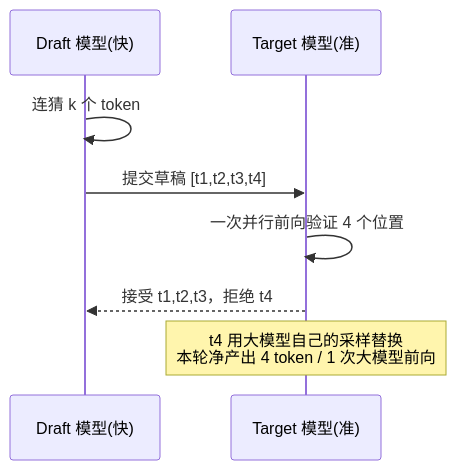
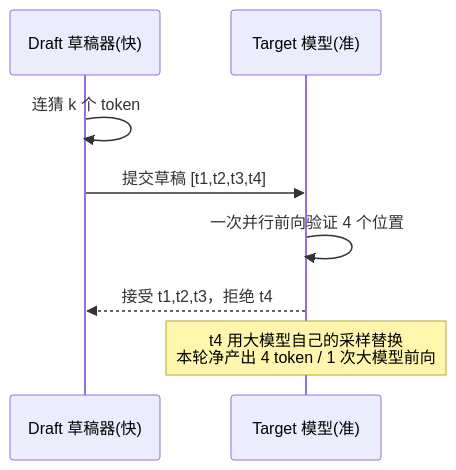
One commit to lide4144/teach-knowledge changed the diagram in concepts/speculative-decoding.md. Above: the diagram before and after it, drawn with Mermaid. The commit also changed other lines of this file, not shown here.

````diff
--- a/concepts/speculative-decoding.md
+++ b/concepts/speculative-decoding.md
@@ -24,10 +24,10 @@
 ```mermaid
 sequenceDiagram
-    participant D as Draft 模型(快)
+    participant D as Draft 草稿器(快)
     participant T as Target 模型(准)
     D->>D: 连猜 k 个 token
     D->>T: 提交草稿 [t1,t2,t3,t4]
     T->>T: 一次并行前向验证 4 个位置
     T-->>D: 接受 t1,t2,t3，拒绝 t4
     Note over T: t4 用大模型自己的采样替换<br/>本轮净产出 4 token / 1 次大模型前向
 ```
````
